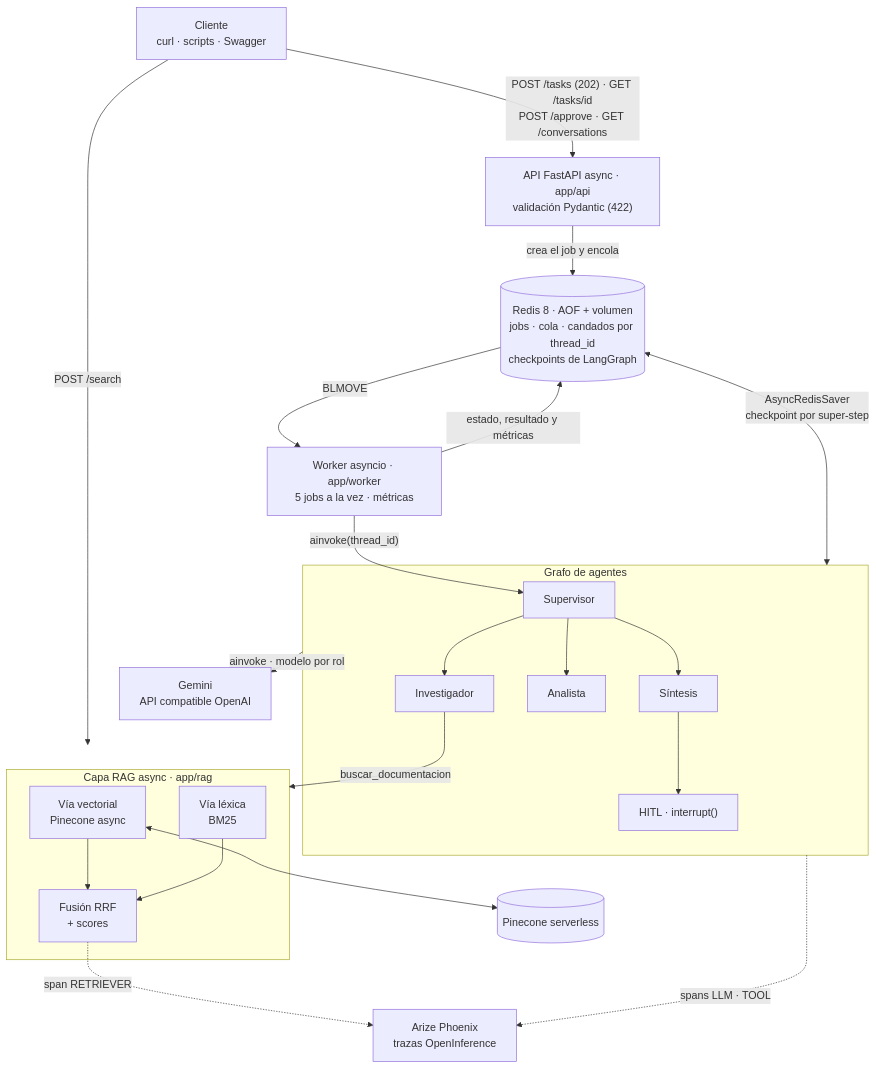
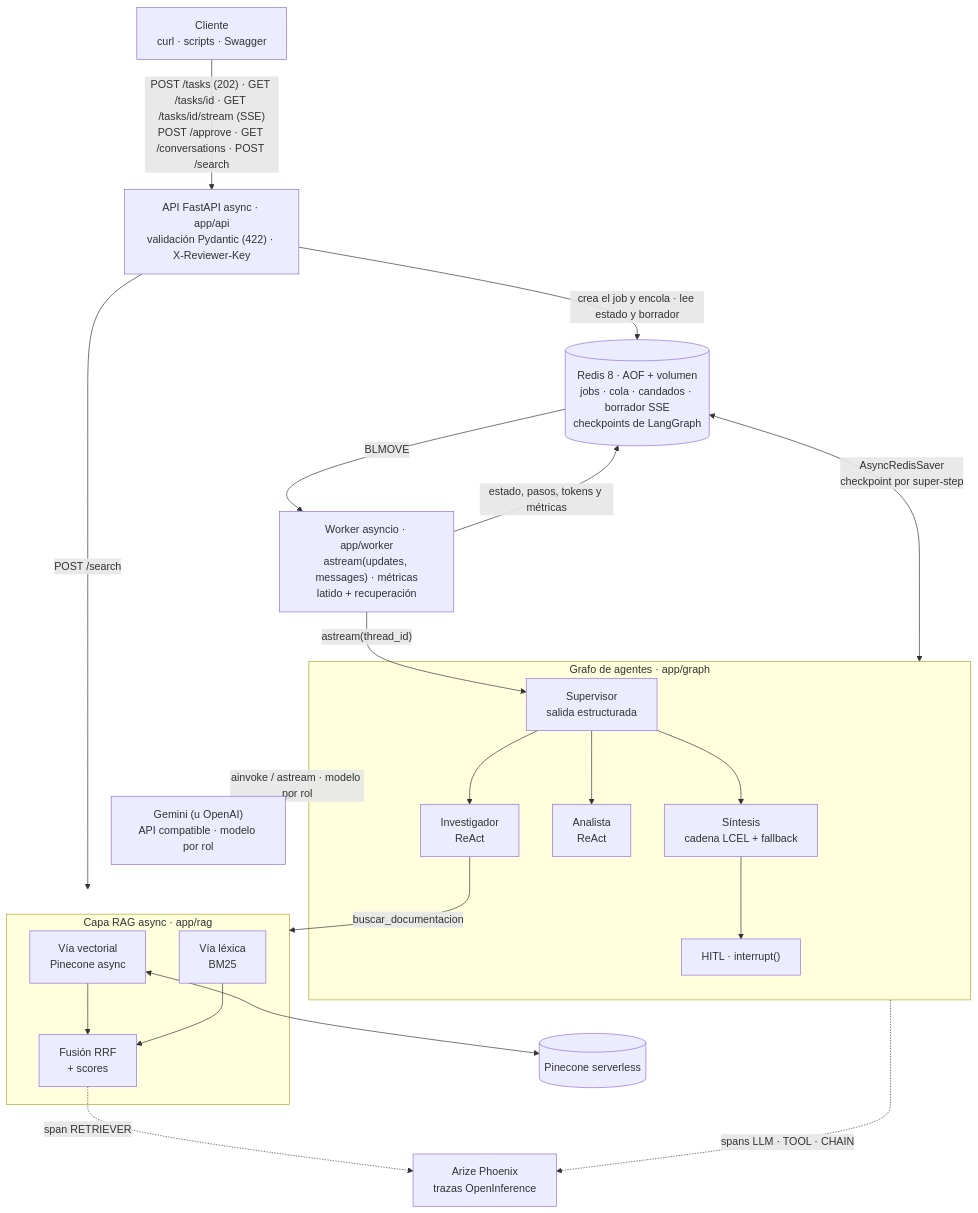
One commit to amejialos/entrega-final-sistema-intelligence changed the first of 2 diagrams in README.md. Above: the diagram before and after it, drawn with Mermaid. The commit also changed other lines of this file and 16 other files, not shown here.

Commit message:
README y evidencia del 24/10: 3 minutos para corregir, ADR, referencias por símbolo, SSE real, 15 capturas (una traza por prueba)

````diff
--- a/README.md
+++ b/README.md
@@ -74,35 +90,35 @@
 ```mermaid
 flowchart TB
     C["Cliente<br/>curl · scripts · Swagger"]
-    API["API FastAPI async · app/api<br/>validación Pydantic (422)"]
-    R[("Redis 8 · AOF + volumen<br/>jobs · cola · candados por thread_id<br/>checkpoints de LangGraph")]
-    W["Worker asyncio · app/worker<br/>5 jobs a la vez · métricas"]
+    API["API FastAPI async · app/api<br/>validación Pydantic (422) · X-Reviewer-Key"]
+    R[("Redis 8 · AOF + volumen<br/>jobs · cola · candados · borrador SSE<br/>checkpoints de LangGraph")]
+    W["Worker asyncio · app/worker<br/>astream(updates, messages) · métricas<br/>latido + recuperación"]
 
-    subgraph G["Grafo de agentes"]
-        S["Supervisor"] --> INV["Investigador"]
-        S --> ANA["Analista"]
-        S --> SIN["Síntesis"] --> HITL["HITL · interrupt()"]
+    subgraph G["Grafo de agentes · app/graph"]
+        S["Supervisor<br/>salida estructurada"] --> INV["Investigador<br/>ReAct"]
+        S --> ANA["Analista<br/>ReAct"]
+        S --> SIN["Síntesis<br/>cadena LCEL + fallback"] --> HITL["HITL · interrupt()"]
     end
 
     subgraph RAG["Capa RAG async · app/rag"]
         VEC["Vía vectorial<br/>Pinecone async"] --> RRF["Fusión RRF<br/>+ scores"]
         BM["Vía léxica<br/>BM25"] --> RRF
     end
 
-    LLM["Gemini<br/>API compatible OpenAI"]
+    LLM["Gemini (u OpenAI)<br/>API compatible · modelo por rol"]
     PC[("Pinecone serverless")]
     PH["Arize Phoenix<br/>trazas OpenInference"]
 
-    C -->|"POST /tasks (202) · GET /tasks/id<br/>POST /approve · GET /conversations"| API
-    C -->|"POST /search"| RAG
-    API -->|"crea el job y encola"| R
+    C -->|"POST /tasks (202) · GET /tasks/id · GET /tasks/id/stream (SSE)<br/>POST /approve · GET /conversations · POST /search"| API
+    API -->|"crea el job y encola · lee estado y borrador"| R
+    API -->|"POST /search"| RAG
     R -->|"BLMOVE"| W
-    W -->|"estado, resultado y métricas"| R
-    W -->|"ainvoke(thread_id)"| S
+    W -->|"estado, pasos, tokens y métricas"| R
+    W -->|"astream(thread_id)"| S
     G <-->|"AsyncRedisSaver<br/>checkpoint por super-step"| R
     INV -->|"buscar_documentacion"| RAG
-    G -->|"ainvoke · modelo por rol"| LLM
+    G -->|"ainvoke / astream · modelo por rol"| LLM
     VEC <--> PC
-    G -.->|"spans LLM · TOOL"| PH
+    G -.->|"spans LLM · TOOL · CHAIN"| PH
     RRF -.->|"span RETRIEVER"| PH
 ```
````
